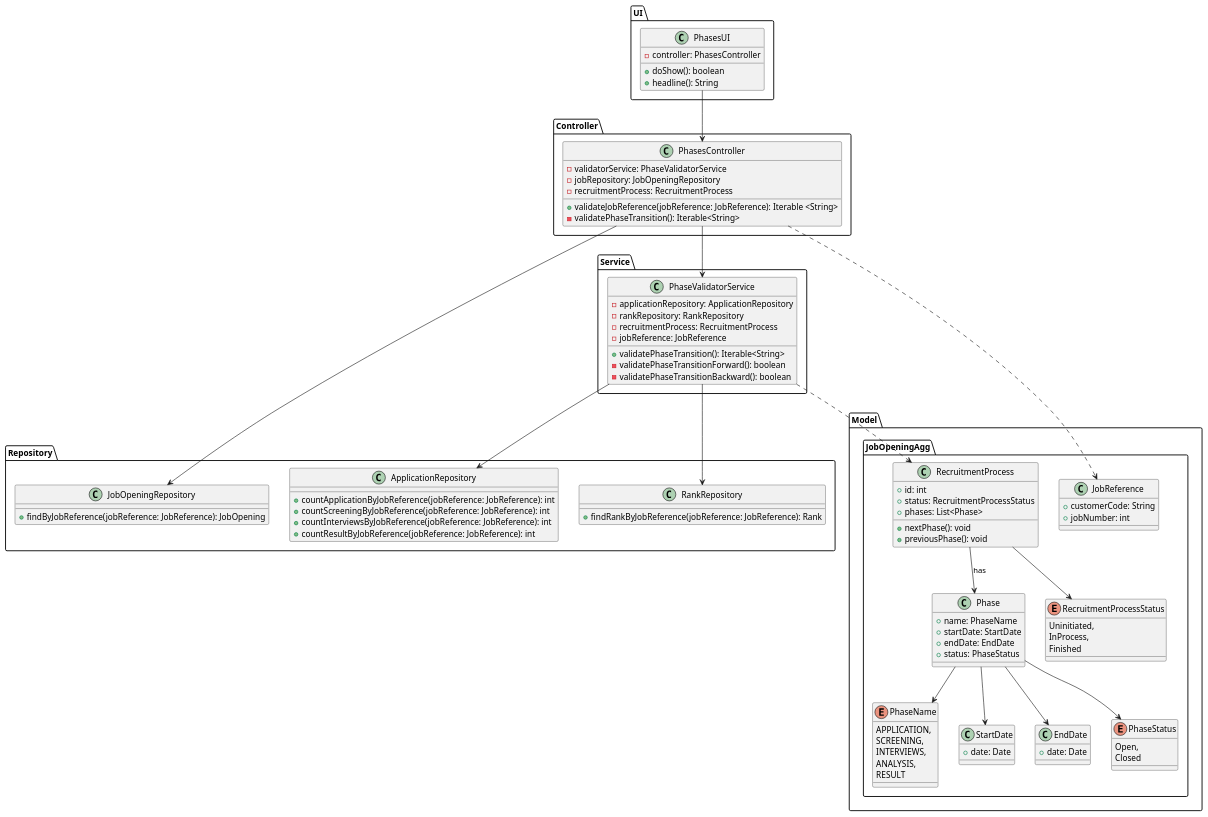
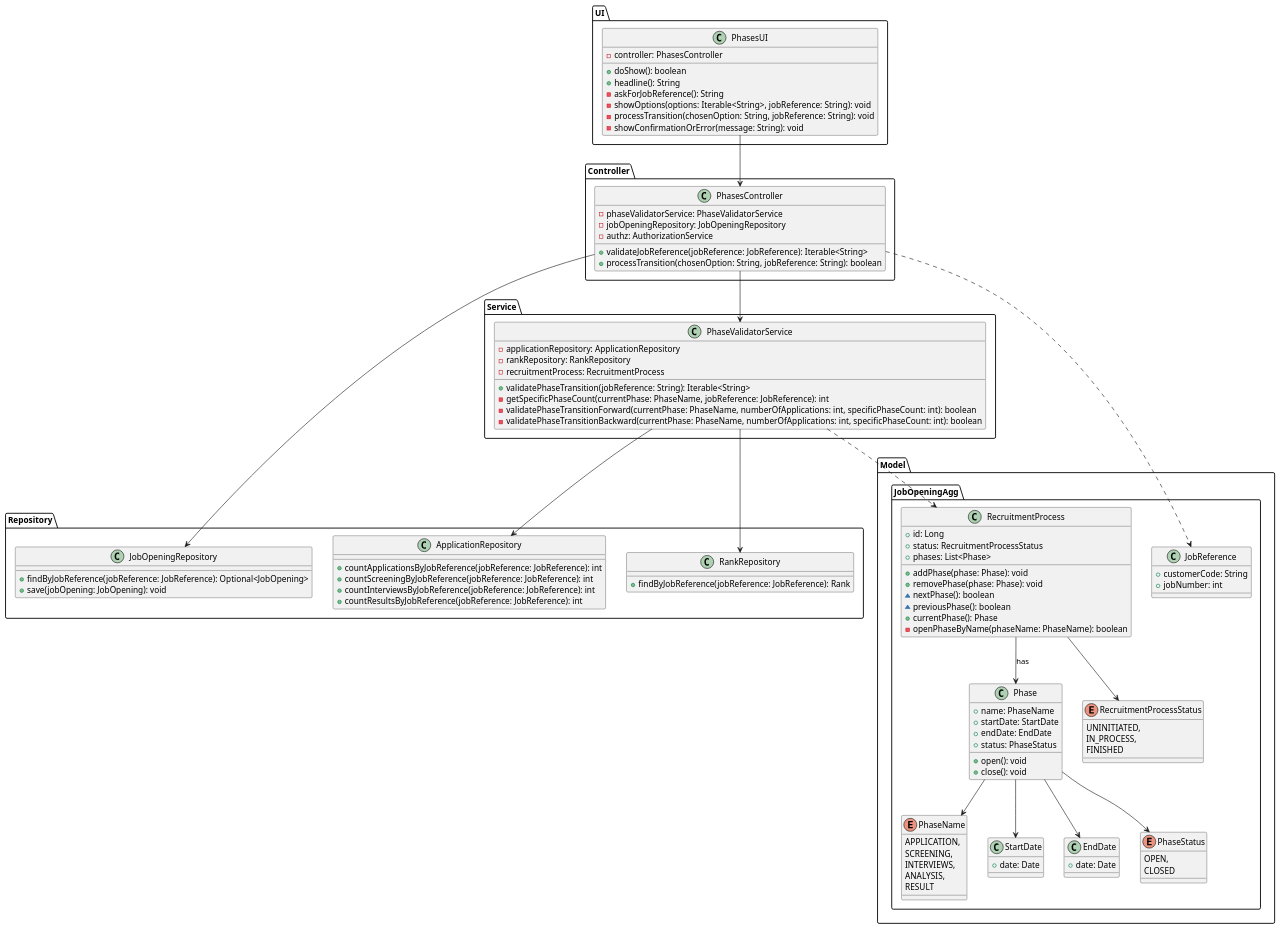
Before and after one commit to Mendoncaa/LAPR4: the diagram in docs/sprintC/US1010/03.design/puml/CD.puml, drawn with PlantUML. The commit also changed 15 other files, not shown here.

First line of the commit message:
#40 US1010 diagrams updated and Code implementation.

```diff
--- a/docs/sprintC/US1010/03.design/puml/CD.puml
+++ b/docs/sprintC/US1010/03.design/puml/CD.puml
@@ -1,118 +1,129 @@
 @startuml ClassDiagram
 
 package Controller {
     class PhasesController {
-        - validatorService: PhaseValidatorService
-        - jobRepository: JobOpeningRepository
-        - recruitmentProcess: RecruitmentProcess
-        + validateJobReference(jobReference: JobReference): Iterable <String>
-        - validatePhaseTransition(): Iterable<String>
+        - phaseValidatorService: PhaseValidatorService
+        - jobOpeningRepository: JobOpeningRepository
+        - authz: AuthorizationService
+        + validateJobReference(jobReference: JobReference): Iterable<String>
+        + processTransition(chosenOption: String, jobReference: String): boolean
     }
 }
 
 package Service {
     class PhaseValidatorService {
         - applicationRepository: ApplicationRepository
         - rankRepository: RankRepository
         - recruitmentProcess: RecruitmentProcess
-        - jobReference: JobReference
-        + validatePhaseTransition(): Iterable<String>
-        - validatePhaseTransitionForward(): boolean
-        - validatePhaseTransitionBackward(): boolean
+        + validatePhaseTransition(jobReference: String): Iterable<String>
+        - getSpecificPhaseCount(currentPhase: PhaseName, jobReference: JobReference): int
+        - validatePhaseTransitionForward(currentPhase: PhaseName, numberOfApplications: int, specificPhaseCount: int): boolean
+        - validatePhaseTransitionBackward(currentPhase: PhaseName, numberOfApplications: int, specificPhaseCount: int): boolean
     }
 }
 
 package Repository {
     class JobOpeningRepository {
-        + findByJobReference(jobReference: JobReference): JobOpening
+        + findByJobReference(jobReference: JobReference): Optional<JobOpening>
+        + save(jobOpening: JobOpening): void
     }
 
     class ApplicationRepository {
-        + countApplicationByJobReference(jobReference: JobReference): int
+        + countApplicationsByJobReference(jobReference: JobReference): int
         + countScreeningByJobReference(jobReference: JobReference): int
         + countInterviewsByJobReference(jobReference: JobReference): int
-        + countResultByJobReference(jobReference: JobReference): int
+        + countResultsByJobReference(jobReference: JobReference): int
     }
 
     class RankRepository {
-        + findRankByJobReference(jobReference: JobReference): Rank
+        + findByJobReference(jobReference: JobReference): Rank
     }
 }
 
 package Model {
 
     package JobOpeningAgg {
 
         class JobReference {
             + customerCode: String
             + jobNumber: int
         }
 
         class RecruitmentProcess {
-            +id: int
-            +status: RecruitmentProcessStatus
-            +phases: List<Phase>
-            + nextPhase(): void
-            + previousPhase(): void
+            + id: Long
+            + status: RecruitmentProcessStatus
+            + phases: List<Phase>
+            + addPhase(phase: Phase): void
+            + removePhase(phase: Phase): void
+            ~ nextPhase(): boolean
+            ~ previousPhase(): boolean
+            + currentPhase(): Phase
+            - openPhaseByName(phaseName: PhaseName): boolean
         }
 
         class Phase {
-            +name: PhaseName
-            +startDate: StartDate
-            +endDate: EndDate
-            +status: PhaseStatus
+            + name: PhaseName
+            + startDate: StartDate
+            + endDate: EndDate
+            + status: PhaseStatus
+            + open(): void
+            + close(): void
         }
 
         enum PhaseName {
             APPLICATION,
             SCREENING,
             INTERVIEWS,
             ANALYSIS,
             RESULT
         }
 
         class StartDate {
-            +date: Date
+            + date: Date
         }
 
         class EndDate {
-            +date: Date
+            + date: Date
         }
 
         enum PhaseStatus {
-            Open,
-            Closed
+            OPEN,
+            CLOSED
         }
 
         enum RecruitmentProcessStatus {
-            Uninitiated,
-            InProcess,
-            Finished
+            UNINITIATED,
+            IN_PROCESS,
+            FINISHED
         }
     }
 }
 
 package UI {
     class PhasesUI {
         - controller: PhasesController
         + doShow(): boolean
         + headline(): String
+        - askForJobReference(): String
+        - showOptions(options: Iterable<String>, jobReference: String): void
+        - processTransition(chosenOption: String, jobReference: String): void
+        - showConfirmationOrError(message: String): void
     }
 }
 
 PhasesController --> PhaseValidatorService
 PhasesController --> JobOpeningRepository
 PhasesController ..> JobReference
 PhaseValidatorService --> ApplicationRepository
 PhaseValidatorService ..> RecruitmentProcess
 PhaseValidatorService --> RankRepository
 RecruitmentProcess --> Phase : "has"
 Phase --> PhaseName
 Phase --> StartDate
 Phase --> EndDate
 Phase --> PhaseStatus
 RecruitmentProcess --> RecruitmentProcessStatus
 
 PhasesUI --> PhasesController
 
 @enduml
```
